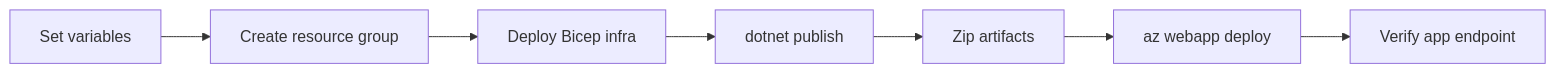
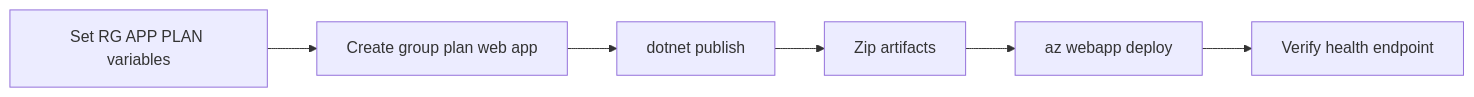
Before and after one commit to yeongseon/azure-app-service-practical-guide: the second of 2 diagrams in docs/language-guides/dotnet/02-first-deploy.md, drawn with Mermaid. The commit also changed other lines of this file and 11 other files, not shown here.

````diff
--- a/docs/language-guides/dotnet/02-first-deploy.md
+++ b/docs/language-guides/dotnet/02-first-deploy.md
@@ -52,9 +52,8 @@
 ```mermaid
 flowchart LR
-    A[Set variables] --> B[Create resource group]
-    B --> C[Deploy Bicep infra]
-    C --> D[dotnet publish]
-    D --> E[Zip artifacts]
-    E --> F[az webapp deploy]
-    F --> G[Verify app endpoint]
+    A[Set RG APP PLAN variables] --> B[Create group plan web app]
+    B --> C[dotnet publish]
+    C --> D[Zip artifacts]
+    D --> E[az webapp deploy]
+    E --> F[Verify health endpoint]
 ```
````
